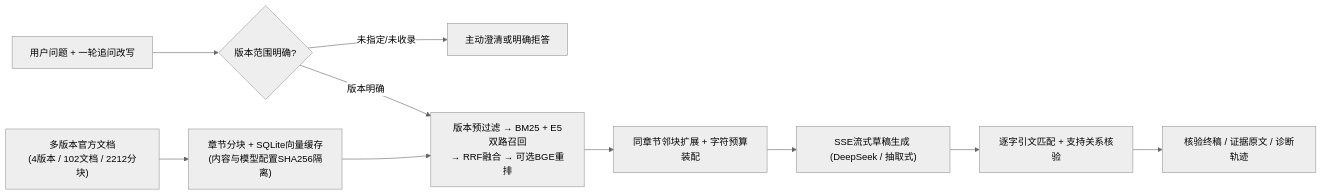
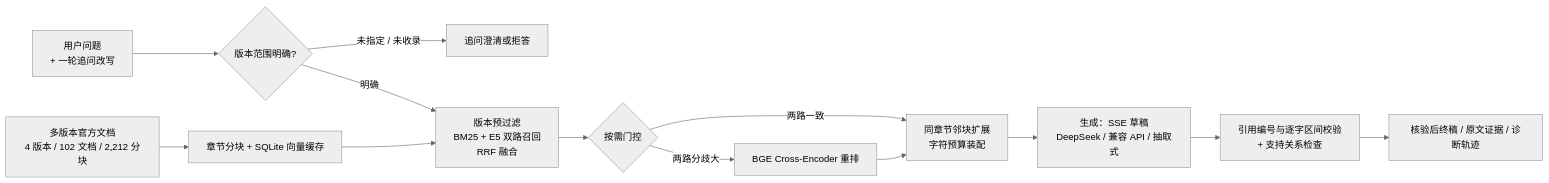
The diagram in README.md (INeedSomeSugar/knowledge-rag-lab), drawn with Mermaid (neutral theme) before and after one commit. The commit also changed other lines of this file and 247 other files, not shown here.

````diff
--- a/README.md
+++ b/README.md
@@ -20,12 +58,15 @@
 ```mermaid
 flowchart LR
-    D["多版本官方文档\n(4版本 / 102文档 / 2212分块)"] --> C["章节分块 + SQLite向量缓存\n(内容与模型配置SHA256隔离)"]
-    Q["用户问题 + 一轮追问改写"] --> S{"版本范围明确?"}
-    S -->|未指定/未收录| A["主动澄清或明确拒答"]
-    S -->|版本明确| R["版本预过滤 → BM25 + E5双路召回\n→ RRF融合 → 可选BGE重排"]
+    D["多版本官方文档<br/>4 版本 / 102 文档 / 2,212 分块"] --> C["章节分块 + SQLite 向量缓存"]
+    Q["用户问题<br/>+ 一轮追问改写"] --> S{"版本范围明确?"}
+    S -->|未指定 / 未收录| A["追问澄清或拒答"]
+    S -->|明确| R["版本预过滤<br/>BM25 + E5 双路召回<br/>RRF 融合"]
     C --> R
-    R --> X["同章节邻块扩展 + 字符预算装配"]
-    X --> G["SSE流式草稿生成 (DeepSeek / 抽取式)"]
-    G --> V["逐字引文匹配 + 支持关系核验"]
-    V --> O["核验终稿 / 证据原文 / 诊断轨迹"]
+    R --> G1{"按需门控"}
+    G1 -->|两路分歧大| B["BGE Cross-Encoder 重排"]
+    G1 -->|两路一致| X
+    B --> X["同章节邻块扩展<br/>字符预算装配"]
+    X --> G["生成：SSE 草稿<br/>DeepSeek / 兼容 API / 抽取式"]
+    G --> V["引用编号与逐字区间校验<br/>+ 支持关系检查"]
+    V --> O["核验后终稿 / 原文证据 / 诊断轨迹"]
 ```
````
